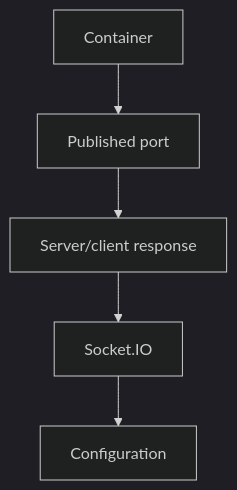
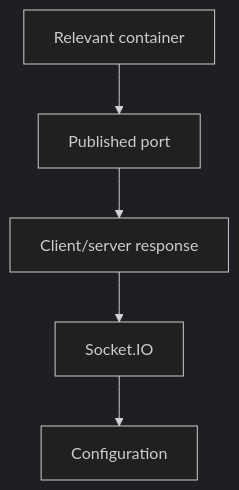
One commit to Gearsik/madiao changed diagram 15 of 16 in docs/runbook/troubleshooting.md. Above: the diagram before and after it, drawn with Mermaid (dark theme). The commit also changed other lines of this file and 16 other files, not shown here.

````diff
--- a/docs/runbook/troubleshooting.md
+++ b/docs/runbook/troubleshooting.md
@@ -1513,10 +1642,10 @@
 ```mermaid
 flowchart TD
-    Container["Container"]
+    Container["Relevant container"]
     Port["Published port"]
-    Response["Server/client response"]
+    Response["Client/server response"]
     Socket["Socket.IO"]
     Config["Configuration"]
 
     Container --> Port --> Response --> Socket --> Config
 ```
````
